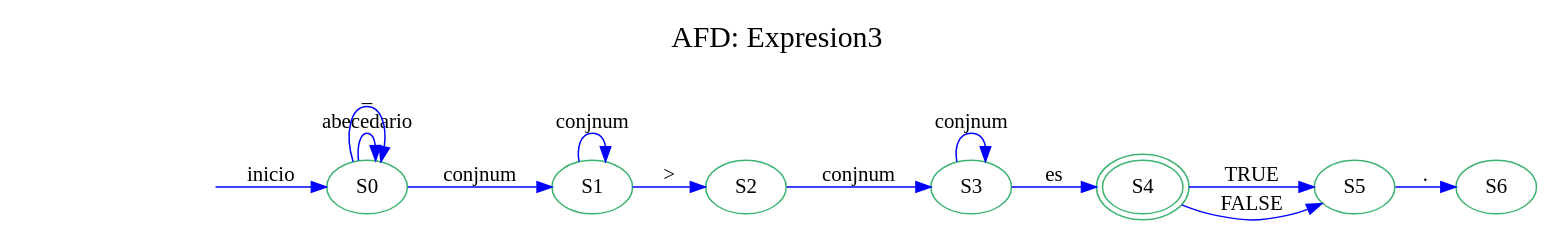
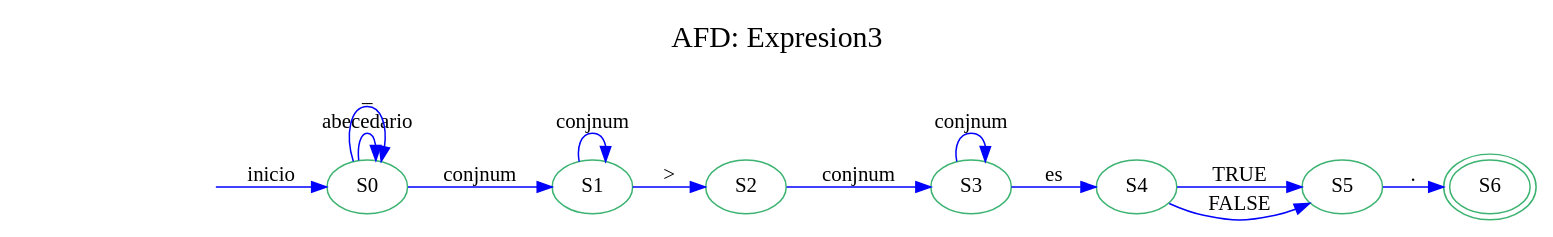
Before and after one commit to SelvinLP/-OLC1-Practica1_201701133: the diagram in OLC1_Practica1_201701133/AFD2.dot, drawn with Graphviz. The commit also changed 11 other files, not shown here.

```diff
--- a/OLC1_Practica1_201701133/AFD2.dot
+++ b/OLC1_Practica1_201701133/AFD2.dot
@@ -1,23 +1,23 @@
 digraph AFD { 
 graph [label="AFD: Expresion3", labelloc=t, fontsize=20]; rankdir=LR;edge [color=blue];node [color = mediumseagreen];"S0"[ label=S0]
 "S1"[ label=S1]
 "S2"[ label=S2]
 "S3"[ label=S3]
 "S4"[ label=S4]
 "S5"[ label=S5]
 "S6"[ label=S6]
 secret_node [style=invis];
-secret_node -> S0 [label="inicio"];S4[peripheries=2];
+secret_node -> S0 [label="inicio"];S6[peripheries=2];
 "S0"->"S0"[label="abecedario"];
 "S0"->"S0"[label="\_"];
 "S0"->"S1"[label="conjnum"];
 "S1"->"S2"[label="\>"];
 "S1"->"S1"[label="conjnum"];
 "S2"->"S3"[label="conjnum"];
 "S3"->"S4"[label="es "];
 "S3"->"S3"[label="conjnum"];
 "S4"->"S5"[label="TRUE"];
 "S4"->"S5"[label="FALSE"];
 "S5"->"S6"[label="\."];
 
 }
```
